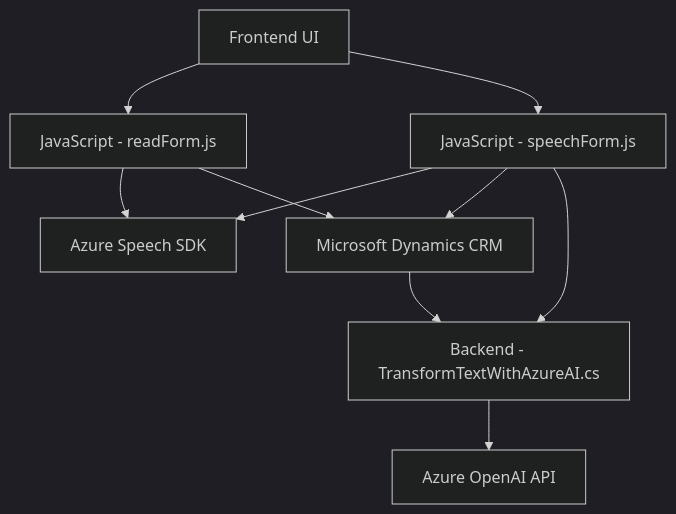
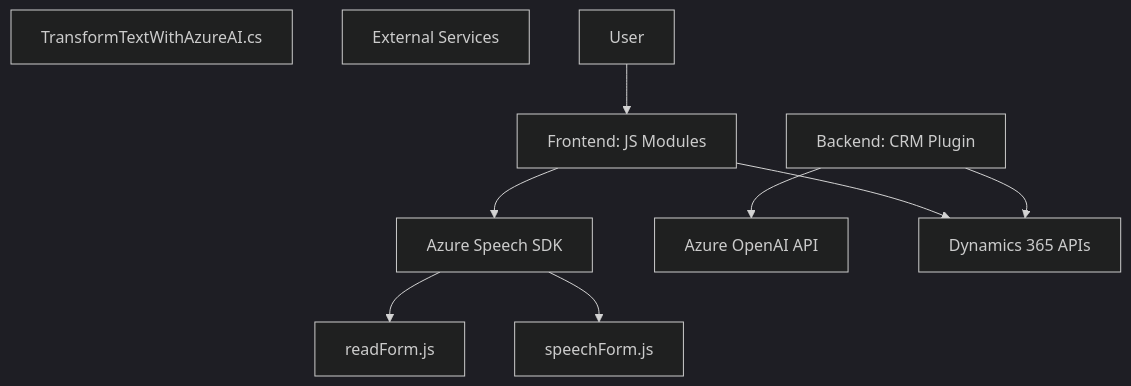
One commit to blopezdm/NETCORE_BILBAO2025 changed the diagram in README.md. Above: the diagram before and after it, drawn with Mermaid (dark theme). The commit also changed other lines of this file, not shown here.

````diff
--- a/README.md
+++ b/README.md
@@ -41,20 +31,24 @@
 ```mermaid
 graph TD
-    A[Frontend UI]
-    B[JavaScript - readForm.js]
-    C[JavaScript - speechForm.js]
-    D[Backend - TransformTextWithAzureAI.cs]
-    E[Microsoft Dynamics CRM]
-    F[Azure Speech SDK]
-    G[Azure OpenAI API]
+  A["Frontend: JS Modules"]
+  A1["readForm.js"]
+  A2["speechForm.js"]
+  
+  B["Backend: CRM Plugin"]
+  B1["TransformTextWithAzureAI.cs"]
+  
+  C["External Services"]
+  C1["Azure Speech SDK"]
+  C2["Azure OpenAI API"]
+  C3["Dynamics 365 APIs"]
 
-    A --> B
-    B --> F["Azure Speech SDK"]
-    B --> E
-    A --> C
-    C --> F
-    C --> E
-    C --> D
-    E --> D
-    D --> G["Azure OpenAI API"]
+  D["User"]
+  
+  D --> A
+  A --> C1
+  A --> C3
+  B --> C2
+  B --> C3
+  C1 --> A1
+  C1 --> A2
 ```
````
